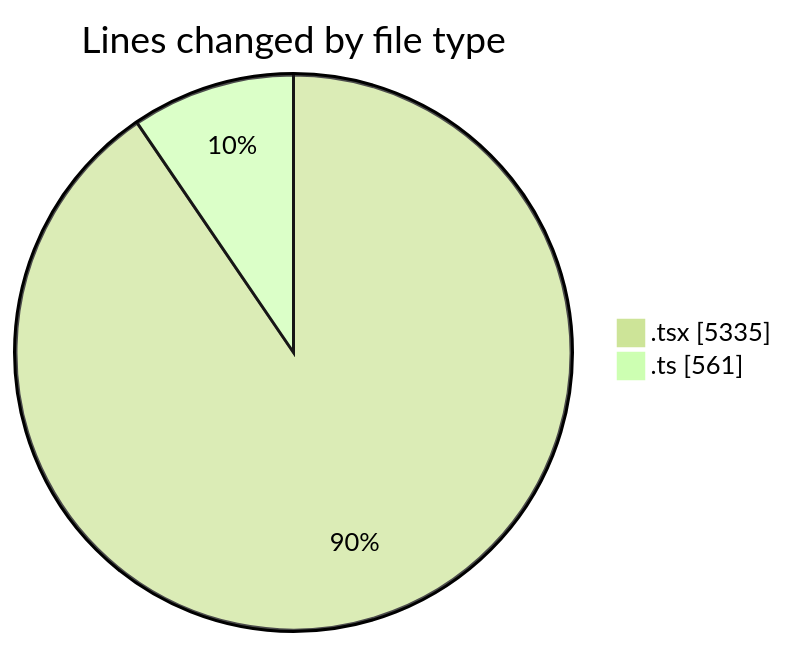
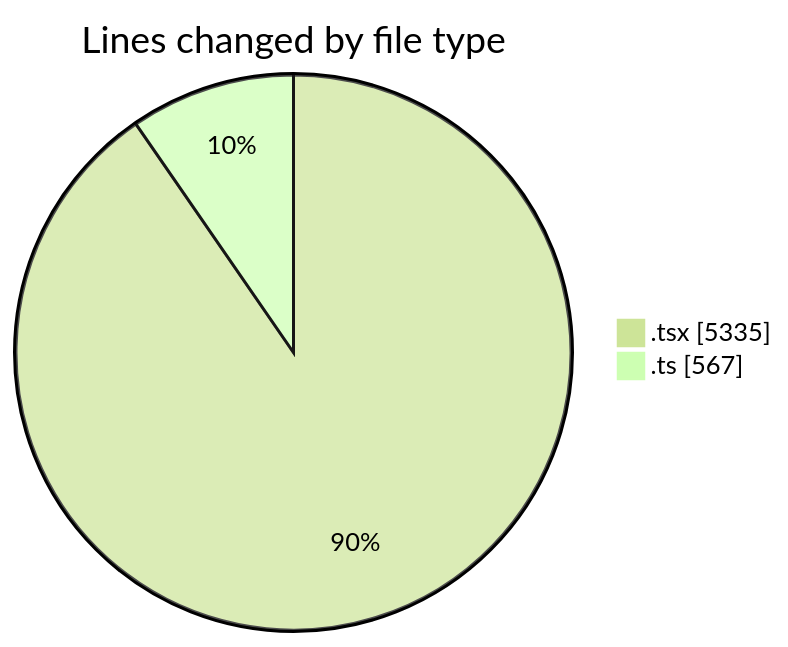
The first of 2 diagrams in 2026-03-15/nxtqube_webapp/README.md (nxtqubesakshisongat/code-tracking), drawn with Mermaid (forest theme) before and after one commit. The commit also changed other lines of this file and 1 other file, not shown here.

````diff
--- a/2026-03-15/nxtqube_webapp/README.md
+++ b/2026-03-15/nxtqube_webapp/README.md
@@ -32,6 +32,6 @@
 ```mermaid
 pie showData
 title Lines changed by file type
 ".tsx" : 5335
-".ts" : 561
+".ts" : 567
 ```
````
